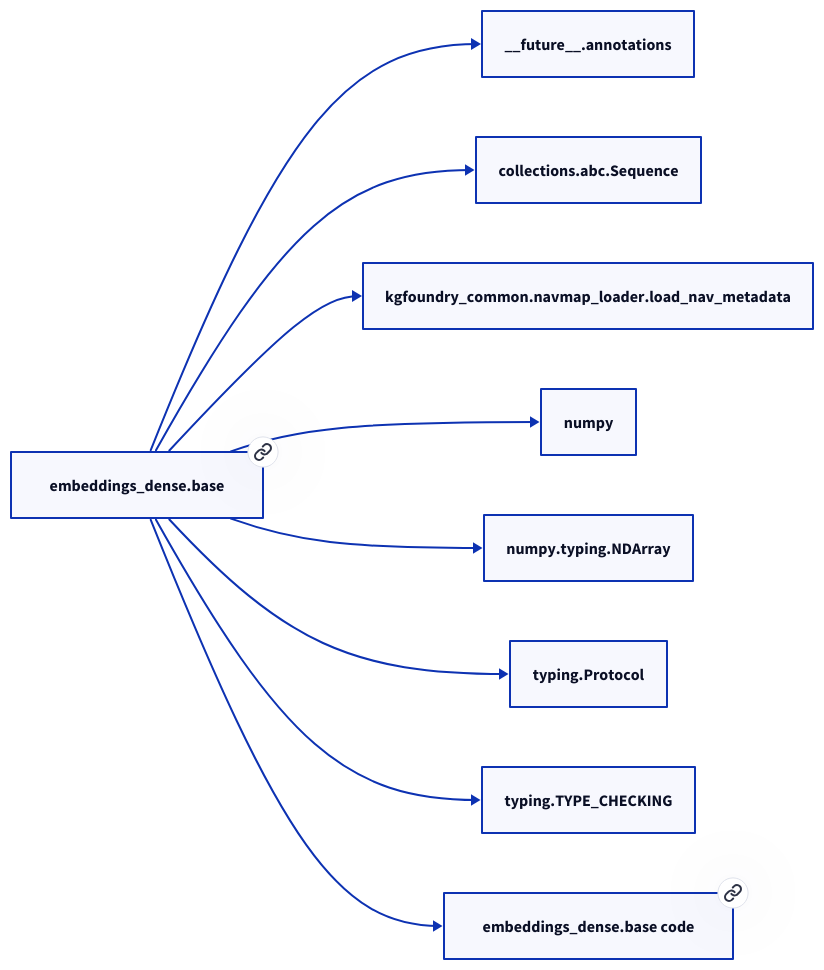
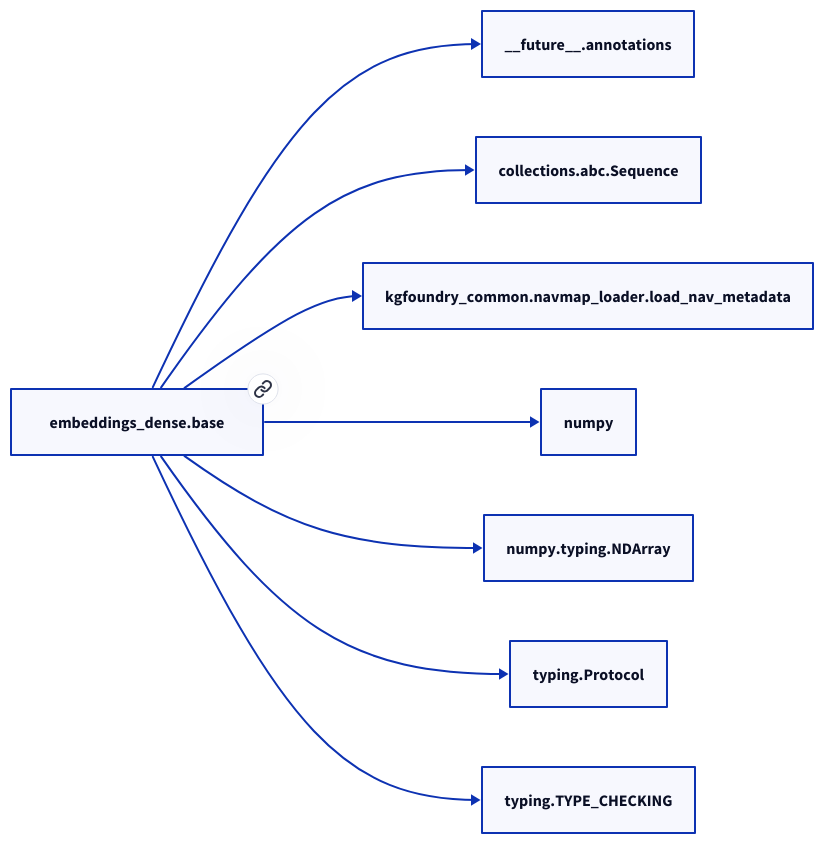
The second of 2 diagrams in docs/modules/embeddings_dense/base.md (paul-heyse/kgforge), drawn with D2 before and after one commit. The commit also changed other lines of this file and 118 other files, not shown here.

````diff
--- a/docs/modules/embeddings_dense/base.md
+++ b/docs/modules/embeddings_dense/base.md
@@ -38,20 +36,18 @@
 ```d2
 direction: right
-"embeddings_dense.base": "embeddings_dense.base" { link: "./embeddings_dense/base.md" }
+"embeddings_dense.base": "embeddings_dense.base" { link: "base.md" }
 "__future__.annotations": "__future__.annotations"
 "embeddings_dense.base" -> "__future__.annotations"
 "collections.abc.Sequence": "collections.abc.Sequence"
 "embeddings_dense.base" -> "collections.abc.Sequence"
 "kgfoundry_common.navmap_loader.load_nav_metadata": "kgfoundry_common.navmap_loader.load_nav_metadata"
 "embeddings_dense.base" -> "kgfoundry_common.navmap_loader.load_nav_metadata"
 "numpy": "numpy"
 "embeddings_dense.base" -> "numpy"
 "numpy.typing.NDArray": "numpy.typing.NDArray"
 "embeddings_dense.base" -> "numpy.typing.NDArray"
 "typing.Protocol": "typing.Protocol"
 "embeddings_dense.base" -> "typing.Protocol"
 "typing.TYPE_CHECKING": "typing.TYPE_CHECKING"
 "embeddings_dense.base" -> "typing.TYPE_CHECKING"
-"embeddings_dense.base_code": "embeddings_dense.base code" { link: "https://github.com/kgfoundry/kgfoundry/blob/main/src/embeddings_dense/base.py" }
-"embeddings_dense.base" -> "embeddings_dense.base_code" { style: dashed }
 ```
````
